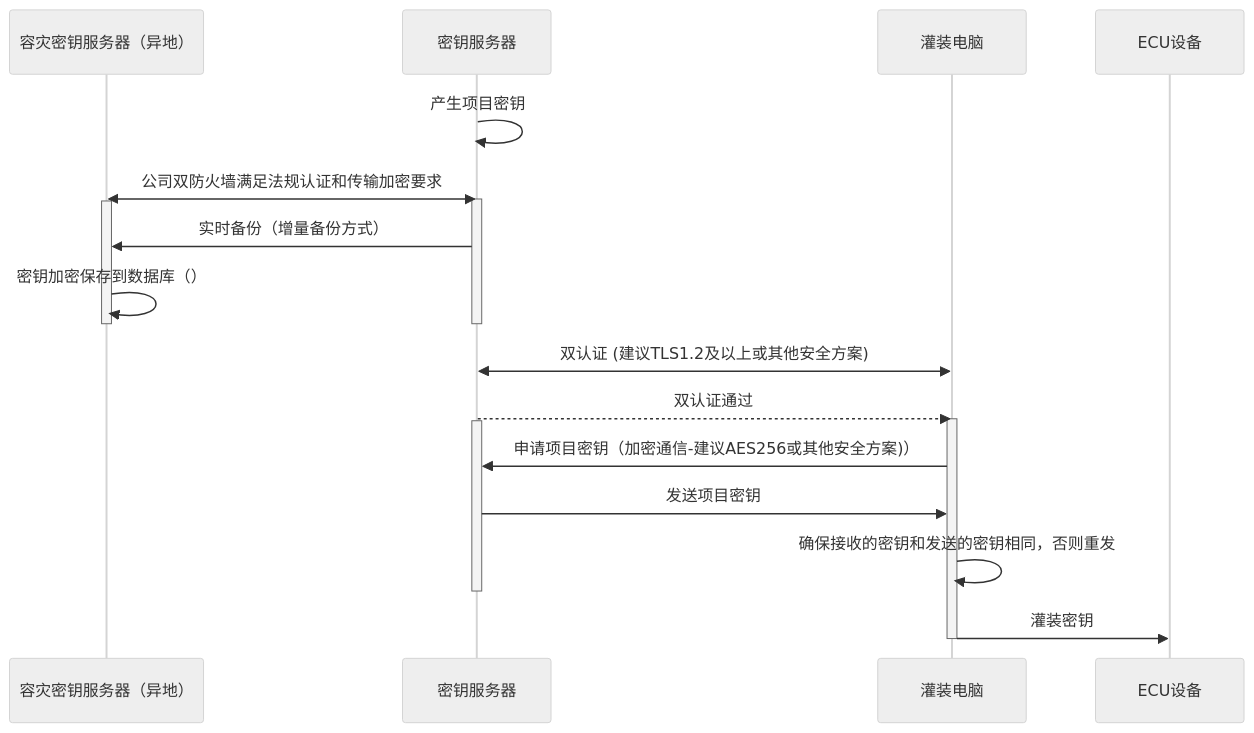
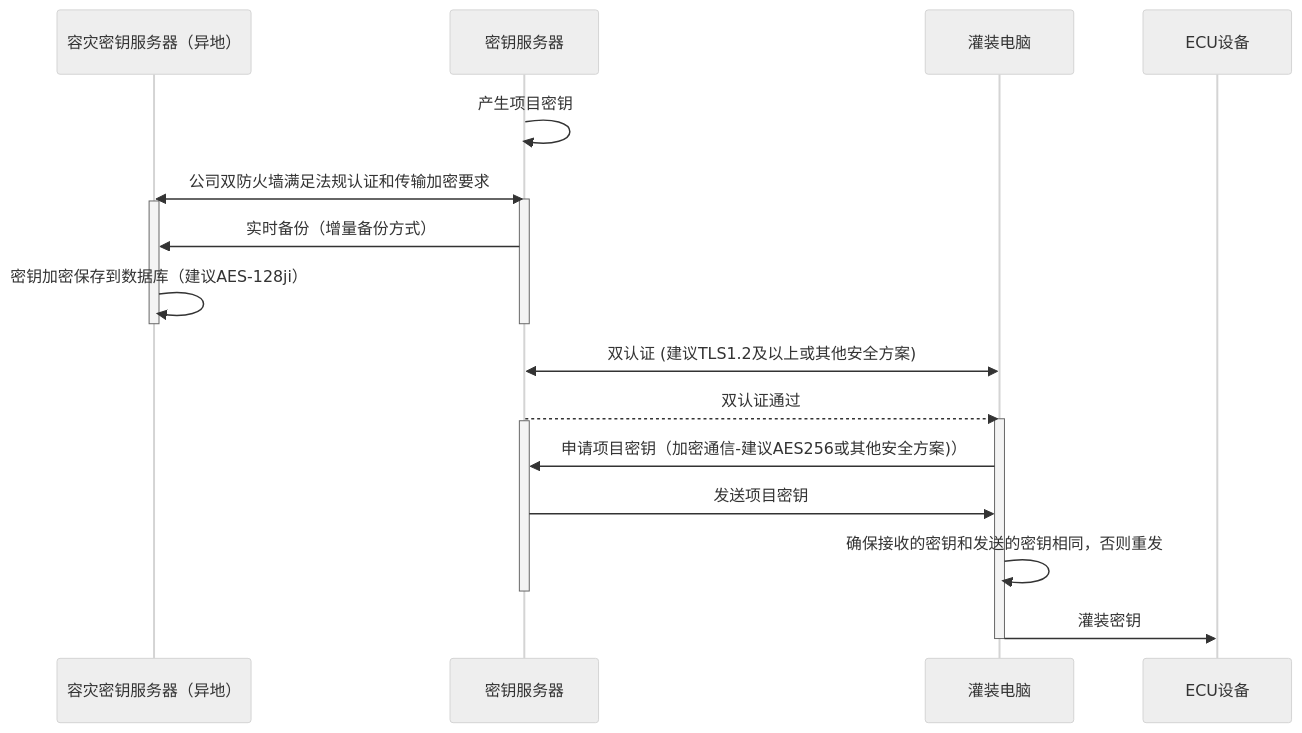
One commit to facebook-cloud/iodraw-files changed the diagram in all/未命名-15.md. Above: the diagram before and after it, drawn with Mermaid (neutral theme).

Commit message:
2026-02-07 09:51:20 update

````diff
--- a/all/未命名-15.md
+++ b/all/未命名-15.md
@@ -1,29 +1,29 @@
 ```mermaid
 sequenceDiagram
     participant B as 容灾密钥服务器（异地）
     participant A as 密钥服务器
     participant C as 灌装电脑
     participant D as ECU设备
 
     A->>A: 产生项目密钥
     A<<->>B: 公司双防火墙满足法规认证和传输加密要求
     activate A
     activate B
     A->>B: 实时备份（增量备份方式）
-    B->>B: 密钥加密保存到数据库（）
+    B->>B: 密钥加密保存到数据库（建议AES-128ji）
     deactivate B
     deactivate A
 
     C<<->>A: 双认证 (建议TLS1.2及以上或其他安全方案)
     A-->>C: 双认证通过
     activate C
     activate A
     C->>A: 申请项目密钥（加密通信-建议AES256或其他安全方案)）
     A->>C: 发送项目密钥
 
     C->>C: 确保接收的密钥和发送的密钥相同，否则重发
     deactivate A
     C->>D: 灌装密钥
     deactivate C
 
 ```
````
